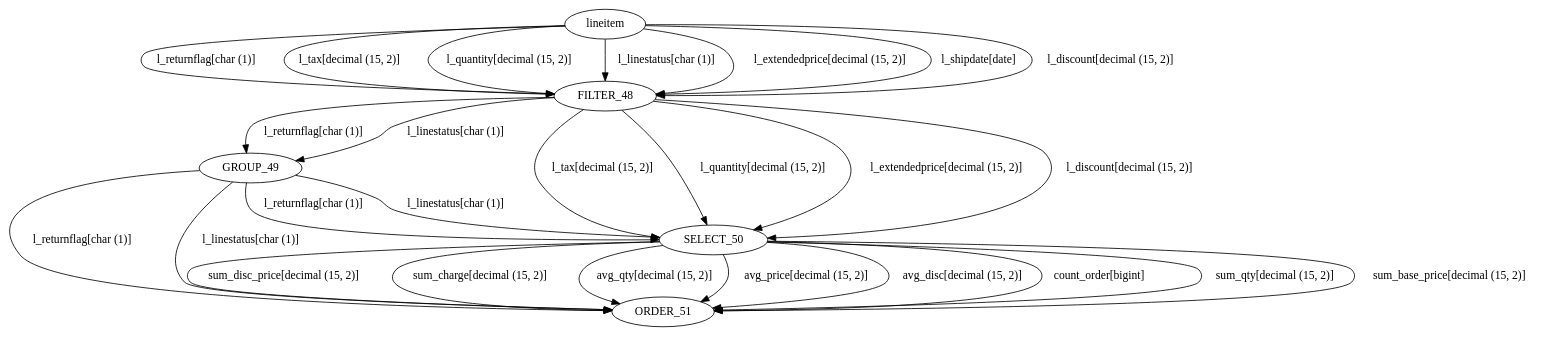
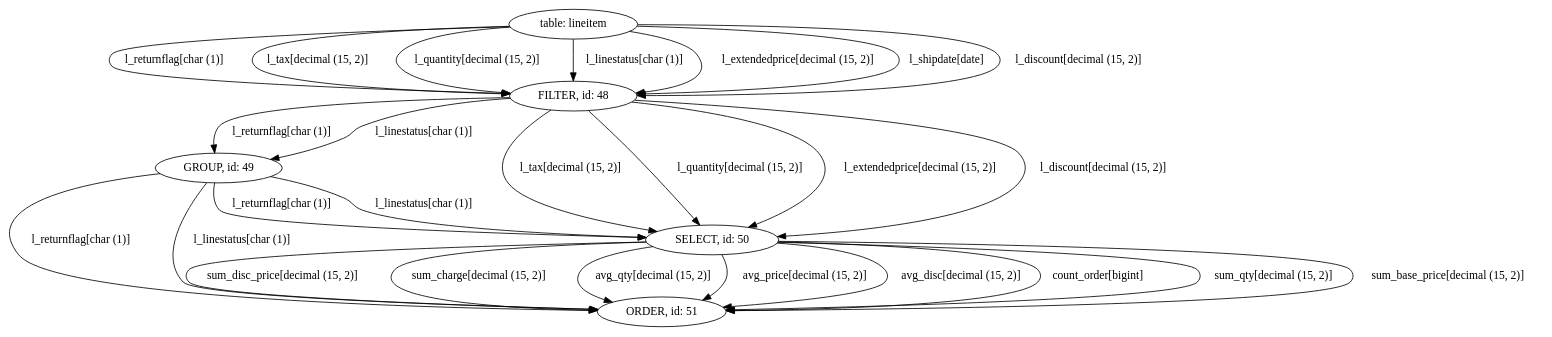
One commit to hanefi/sql2df changed the diagram in res/q1.sql.dot. Above: the diagram before and after it, drawn with Graphviz. The commit also changed 8 other files, not shown here.

```diff
--- a/res/q1.sql.dot
+++ b/res/q1.sql.dot
@@ -1,27 +1,27 @@
 digraph {
-"lineitem" -> "FILTER_48"[label="l_returnflag[char (1)]"]
-"lineitem" -> "FILTER_48"[label="l_tax[decimal (15, 2)]"]
-"lineitem" -> "FILTER_48"[label="l_quantity[decimal (15, 2)]"]
-"lineitem" -> "FILTER_48"[label="l_linestatus[char (1)]"]
-"lineitem" -> "FILTER_48"[label="l_extendedprice[decimal (15, 2)]"]
-"lineitem" -> "FILTER_48"[label="l_shipdate[date]"]
-"lineitem" -> "FILTER_48"[label="l_discount[decimal (15, 2)]"]
-"FILTER_48" -> "GROUP_49"[label="l_returnflag[char (1)]"]
-"FILTER_48" -> "GROUP_49"[label="l_linestatus[char (1)]"]
-"GROUP_49" -> "SELECT_50"[label="l_returnflag[char (1)]"]
-"FILTER_48" -> "SELECT_50"[label="l_tax[decimal (15, 2)]"]
-"FILTER_48" -> "SELECT_50"[label="l_quantity[decimal (15, 2)]"]
-"GROUP_49" -> "SELECT_50"[label="l_linestatus[char (1)]"]
-"FILTER_48" -> "SELECT_50"[label="l_extendedprice[decimal (15, 2)]"]
-"FILTER_48" -> "SELECT_50"[label="l_discount[decimal (15, 2)]"]
-"GROUP_49" -> "ORDER_51"[label="l_returnflag[char (1)]"]
-"GROUP_49" -> "ORDER_51"[label="l_linestatus[char (1)]"]
-"SELECT_50" -> "ORDER_51"[label="sum_qty[decimal (15, 2)]"]
-"SELECT_50" -> "ORDER_51"[label="sum_base_price[decimal (15, 2)]"]
-"SELECT_50" -> "ORDER_51"[label="sum_disc_price[decimal (15, 2)]"]
-"SELECT_50" -> "ORDER_51"[label="sum_charge[decimal (15, 2)]"]
-"SELECT_50" -> "ORDER_51"[label="avg_qty[decimal (15, 2)]"]
-"SELECT_50" -> "ORDER_51"[label="avg_price[decimal (15, 2)]"]
-"SELECT_50" -> "ORDER_51"[label="avg_disc[decimal (15, 2)]"]
-"SELECT_50" -> "ORDER_51"[label="count_order[bigint]"]
+"table: lineitem" -> "FILTER, id: 48"[label="l_returnflag[char (1)]"]
+"table: lineitem" -> "FILTER, id: 48"[label="l_tax[decimal (15, 2)]"]
+"table: lineitem" -> "FILTER, id: 48"[label="l_quantity[decimal (15, 2)]"]
+"table: lineitem" -> "FILTER, id: 48"[label="l_linestatus[char (1)]"]
+"table: lineitem" -> "FILTER, id: 48"[label="l_extendedprice[decimal (15, 2)]"]
+"table: lineitem" -> "FILTER, id: 48"[label="l_shipdate[date]"]
+"table: lineitem" -> "FILTER, id: 48"[label="l_discount[decimal (15, 2)]"]
+"FILTER, id: 48" -> "GROUP, id: 49"[label="l_returnflag[char (1)]"]
+"FILTER, id: 48" -> "GROUP, id: 49"[label="l_linestatus[char (1)]"]
+"GROUP, id: 49" -> "SELECT, id: 50"[label="l_returnflag[char (1)]"]
+"FILTER, id: 48" -> "SELECT, id: 50"[label="l_tax[decimal (15, 2)]"]
+"FILTER, id: 48" -> "SELECT, id: 50"[label="l_quantity[decimal (15, 2)]"]
+"GROUP, id: 49" -> "SELECT, id: 50"[label="l_linestatus[char (1)]"]
+"FILTER, id: 48" -> "SELECT, id: 50"[label="l_extendedprice[decimal (15, 2)]"]
+"FILTER, id: 48" -> "SELECT, id: 50"[label="l_discount[decimal (15, 2)]"]
+"GROUP, id: 49" -> "ORDER, id: 51"[label="l_returnflag[char (1)]"]
+"GROUP, id: 49" -> "ORDER, id: 51"[label="l_linestatus[char (1)]"]
+"SELECT, id: 50" -> "ORDER, id: 51"[label="sum_qty[decimal (15, 2)]"]
+"SELECT, id: 50" -> "ORDER, id: 51"[label="sum_base_price[decimal (15, 2)]"]
+"SELECT, id: 50" -> "ORDER, id: 51"[label="sum_disc_price[decimal (15, 2)]"]
+"SELECT, id: 50" -> "ORDER, id: 51"[label="sum_charge[decimal (15, 2)]"]
+"SELECT, id: 50" -> "ORDER, id: 51"[label="avg_qty[decimal (15, 2)]"]
+"SELECT, id: 50" -> "ORDER, id: 51"[label="avg_price[decimal (15, 2)]"]
+"SELECT, id: 50" -> "ORDER, id: 51"[label="avg_disc[decimal (15, 2)]"]
+"SELECT, id: 50" -> "ORDER, id: 51"[label="count_order[bigint]"]
 }
```
